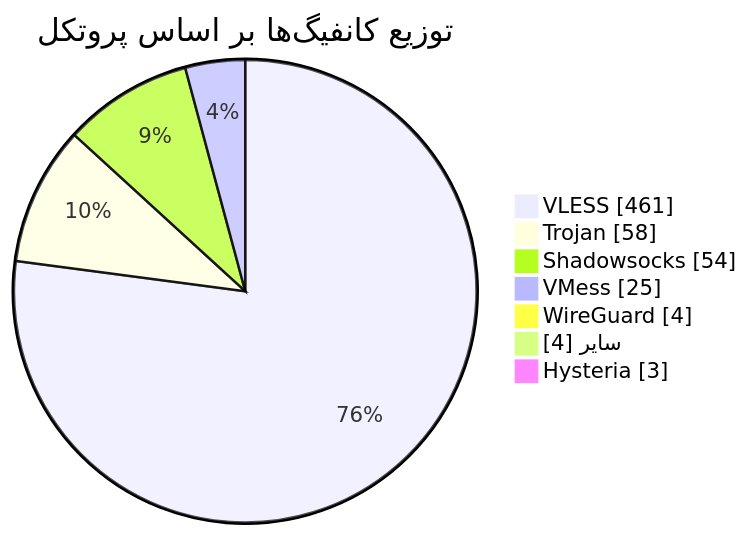
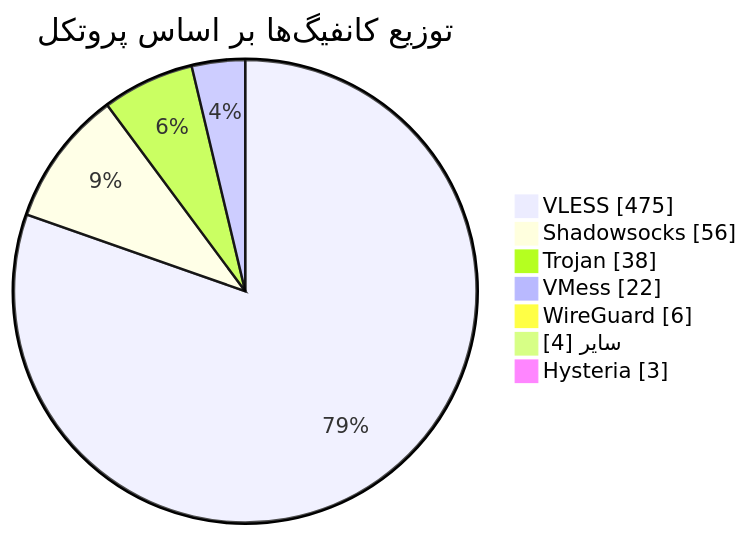
Before and after one commit to Arian-Alijani/Somthing: the diagram in README.md, drawn with Mermaid. The commit also changed other lines of this file and 17 other files, not shown here.

````diff
--- a/README.md
+++ b/README.md
@@ -49,11 +49,11 @@
 ```mermaid
 pie showData
     title توزیع کانفیگ‌ها بر اساس پروتکل
-    "VLESS" : 461
-    "Trojan" : 58
-    "Shadowsocks" : 54
-    "VMess" : 25
-    "WireGuard" : 4
+    "VLESS" : 475
+    "Shadowsocks" : 56
+    "Trojan" : 38
+    "VMess" : 22
+    "WireGuard" : 6
     "سایر" : 4
     "Hysteria" : 3
 ```
````
